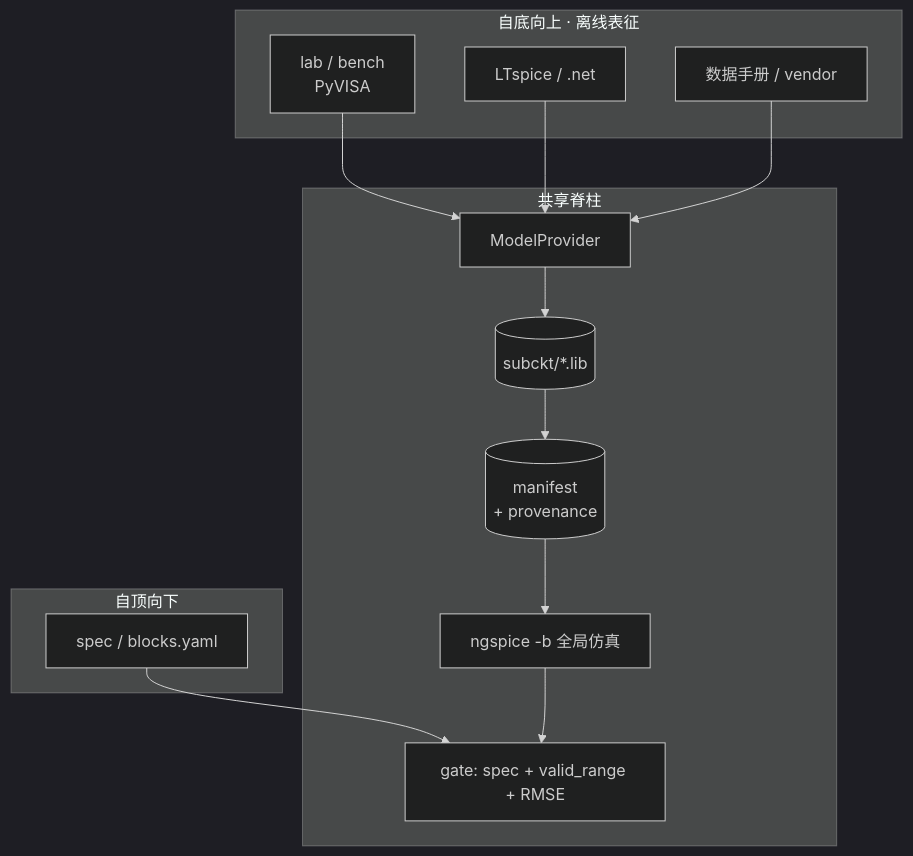
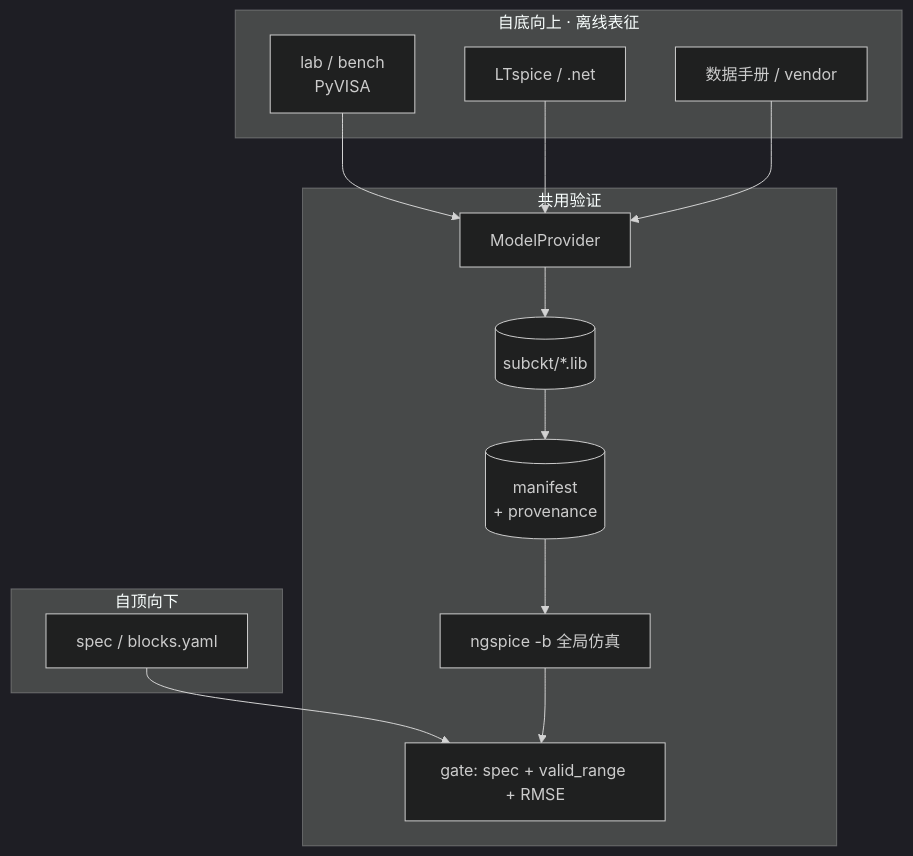
One commit to zhang1career/benchgate changed the first of 2 diagrams in docs/RFC_LOCAL_SIM_MODEL_PROVIDER.md. Above: the diagram before and after it, drawn with Mermaid (dark theme). The commit also changed other lines of this file and 84 other files, not shown here.

````diff
--- a/docs/RFC_LOCAL_SIM_MODEL_PROVIDER.md
+++ b/docs/RFC_LOCAL_SIM_MODEL_PROVIDER.md
@@ -37,24 +37,24 @@
 ```mermaid
 flowchart TB
   subgraph topdown ["自顶向下"]
     SPEC["spec / blocks.yaml"]
   end
 
   subgraph bottomup ["自底向上 · 离线表征"]
     BENCH["lab / bench<br/>PyVISA"]
     LTS["LTspice / .net"]
     DS["数据手册 / vendor"]
   end
 
-  subgraph spine ["共享脊柱"]
+  subgraph spine ["共用验证"]
     PROV[ModelProvider]
     LIB[(subckt/*.lib)]
     MAN[(manifest<br/>+ provenance)]
     SIM[ngspice -b 全局仿真]
     GATE["gate: spec + valid_range + RMSE"]
   end
 
   SPEC --> GATE
   BENCH & LTS & DS --> PROV --> LIB --> MAN
   MAN --> SIM --> GATE
 ```
````
